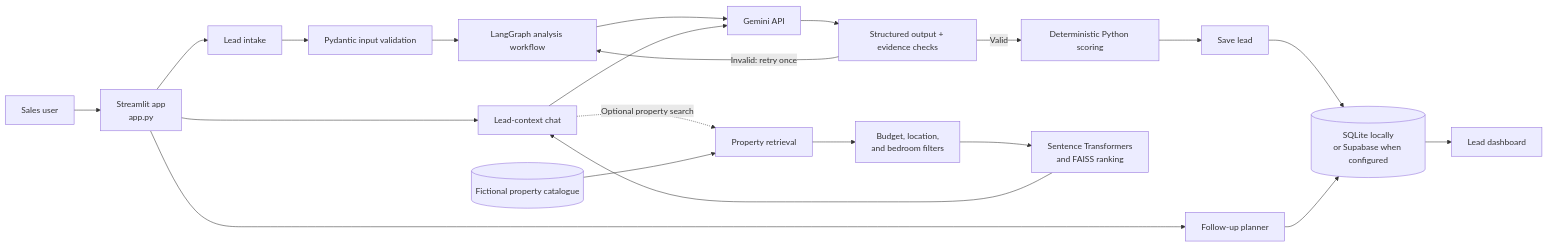
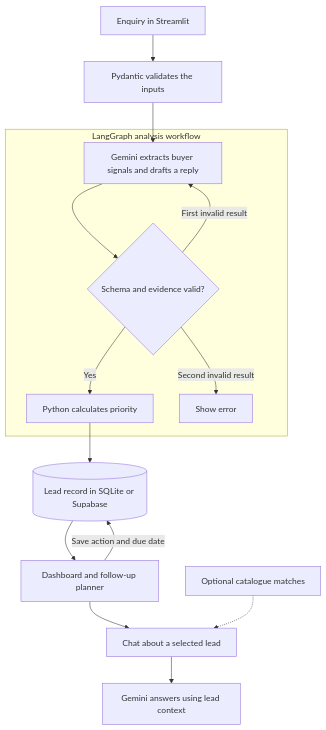
One commit to udaykumar-3005/LeadPilotAI changed the diagram in README.md. Above: the diagram before and after it, drawn with Mermaid. The commit also changed other lines of this file, not shown here.

Commit message:
Document scoring rules and the lead workflow

````diff
--- a/README.md
+++ b/README.md
@@ -17,26 +9,17 @@
 ```mermaid
-flowchart LR
-    Person[Sales user] --> App["Streamlit app<br/>app.py"]
-
-    App --> Intake["Lead intake"]
-    Intake --> InputValidation["Pydantic input validation"]
-    InputValidation --> Workflow["LangGraph analysis workflow"]
-    Workflow --> Gemini["Gemini API"]
-    Gemini --> OutputValidation["Structured output + evidence checks"]
-    OutputValidation -->|Invalid: retry once| Workflow
-    OutputValidation -->|Valid| Score["Deterministic Python scoring"]
-    Score --> Save["Save lead"]
-    Save --> Storage[("SQLite locally<br/>or Supabase when configured")]
-    Storage --> Dashboard["Lead dashboard"]
-
-    App --> Chat["Lead-context chat"]
-    Chat --> Gemini
-    Chat -. Optional property search .-> Retrieval["Property retrieval"]
-    Catalogue[("Fictional property catalogue")] --> Retrieval
-    Retrieval --> Filters["Budget, location,<br/>and bedroom filters"]
-    Filters --> Ranking["Sentence Transformers<br/>and FAISS ranking"]
-    Ranking --> Chat
-
-    App --> Planner["Follow-up planner"]
-    Planner --> Storage
+flowchart TD
+    A["Enquiry in Streamlit"] --> B["Pydantic validates the inputs"]
+    subgraph G["LangGraph analysis workflow"]
+        C["Gemini extracts buyer signals and drafts a reply"] --> D{"Schema and evidence valid?"}
+        D -->|Yes| E["Python calculates priority"]
+        D -->|First invalid result| C
+        D -->|Second invalid result| F["Show error"]
+    end
+    B --> C
+    E --> H[("Lead record in SQLite or Supabase")]
+    H --> I["Dashboard and follow-up planner"]
+    I -->|Save action and due date| H
+    I --> J["Chat about a selected lead"]
+    K["Optional catalogue matches"] -.-> J
+    J --> L["Gemini answers using lead context"]
 ```
````
